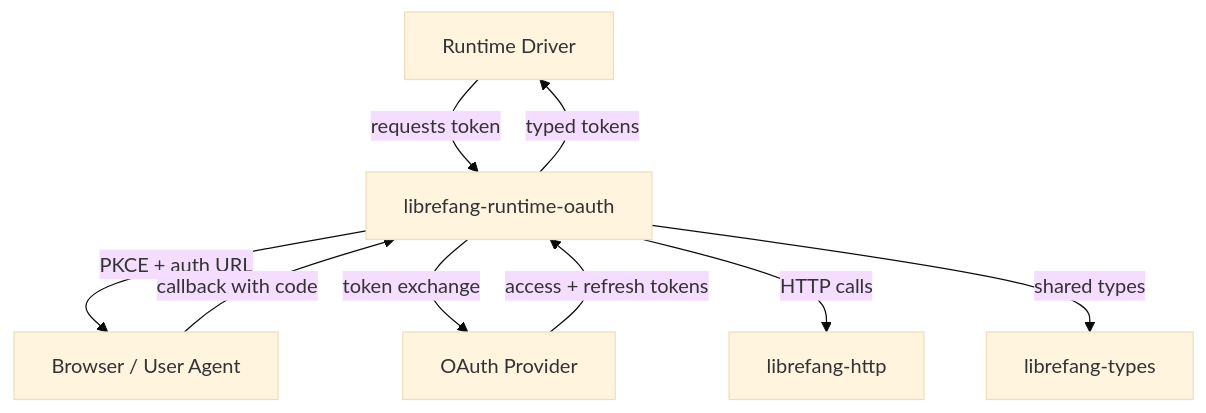
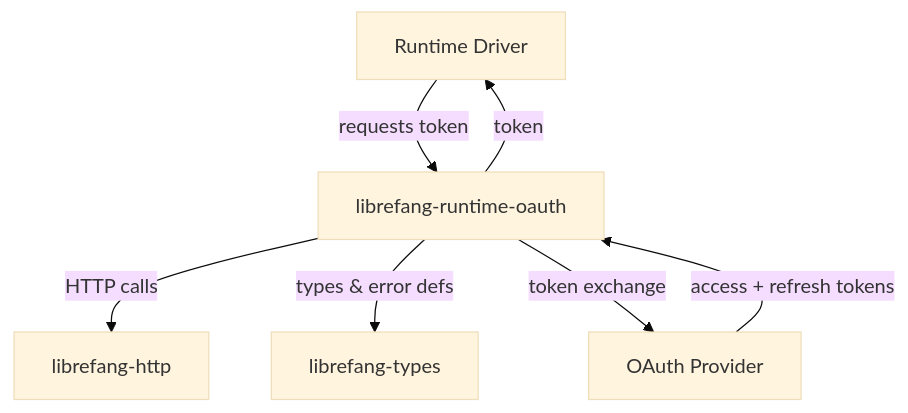
The diagram in other-librefang-runtime-oauth.md (leszek3737/librefang-WIki), drawn with Mermaid (base theme) before and after one commit. The commit also changed other lines of this file and 118 other files, not shown here.

````diff
--- a/other-librefang-runtime-oauth.md
+++ b/other-librefang-runtime-oauth.md
@@ -28,11 +18,9 @@
 ```mermaid
 graph TD
     A[Runtime Driver] -->|requests token| B[librefang-runtime-oauth]
-    B -->|PKCE + auth URL| C[Browser / User Agent]
-    C -->|callback with code| B
-    B -->|token exchange| D[OAuth Provider]
-    D -->|access + refresh tokens| B
-    B -->|typed tokens| A
-    B -->|HTTP calls| E[librefang-http]
-    B -->|shared types| F[librefang-types]
+    B -->|HTTP calls| C[librefang-http]
+    B -->|types & error defs| D[librefang-types]
+    B -->|token exchange| E[OAuth Provider]
+    E -->|access + refresh tokens| B
+    B -->|token| A
 ```
````
